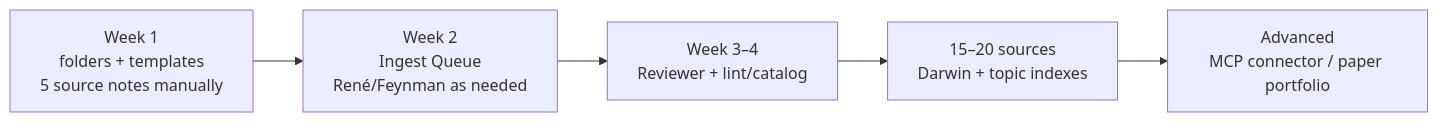
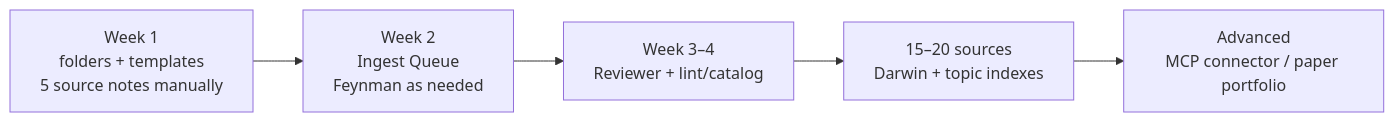
One commit to Migchw/llm-wiki-starter changed the sixth of 6 diagrams in PROJECT-BLUEPRINT.md. Above: the diagram before and after it, drawn with Mermaid. The commit also changed other lines of this file and 149 other files, not shown here.

First line of the commit message:
Add dashboard, swimlane flows, usage guide, inbox watcher; slim agents and skills

````diff
--- a/PROJECT-BLUEPRINT.md
+++ b/PROJECT-BLUEPRINT.md
@@ -369,9 +365,9 @@
 ```mermaid
 flowchart LR
     W1[Week 1<br/>folders + templates<br/>5 source notes manually]
-    W2[Week 2<br/>Ingest Queue<br/>René/Feynman as needed]
+    W2[Week 2<br/>Ingest Queue<br/>Feynman as needed]
     W3[Week 3–4<br/>Reviewer + lint/catalog]
     W4[15–20 sources<br/>Darwin + topic indexes]
     W5[Advanced<br/>MCP connector / paper portfolio]
     W1 --> W2 --> W3 --> W4 --> W5
 ```
````
